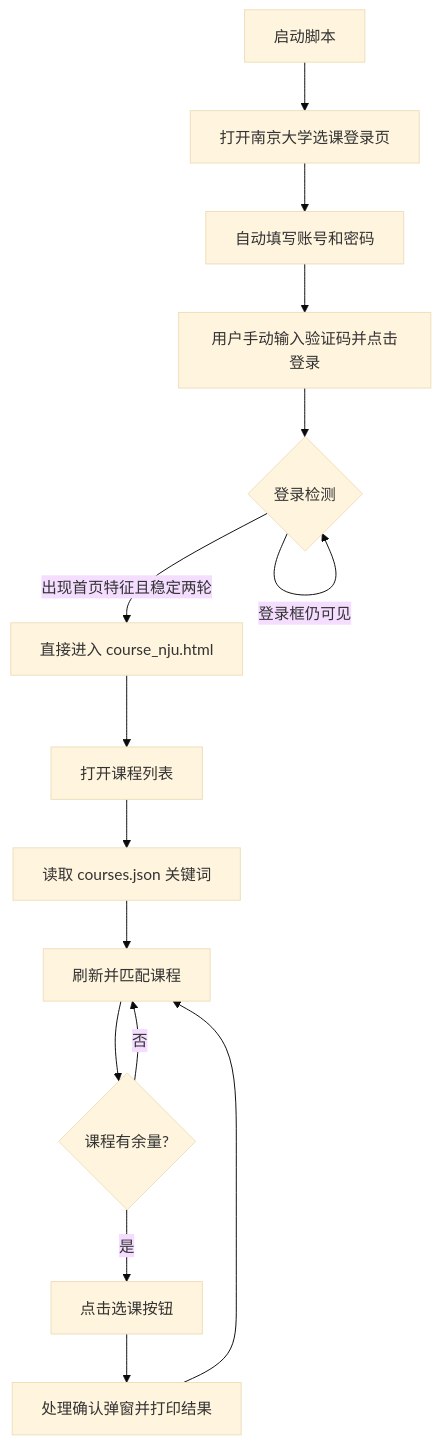
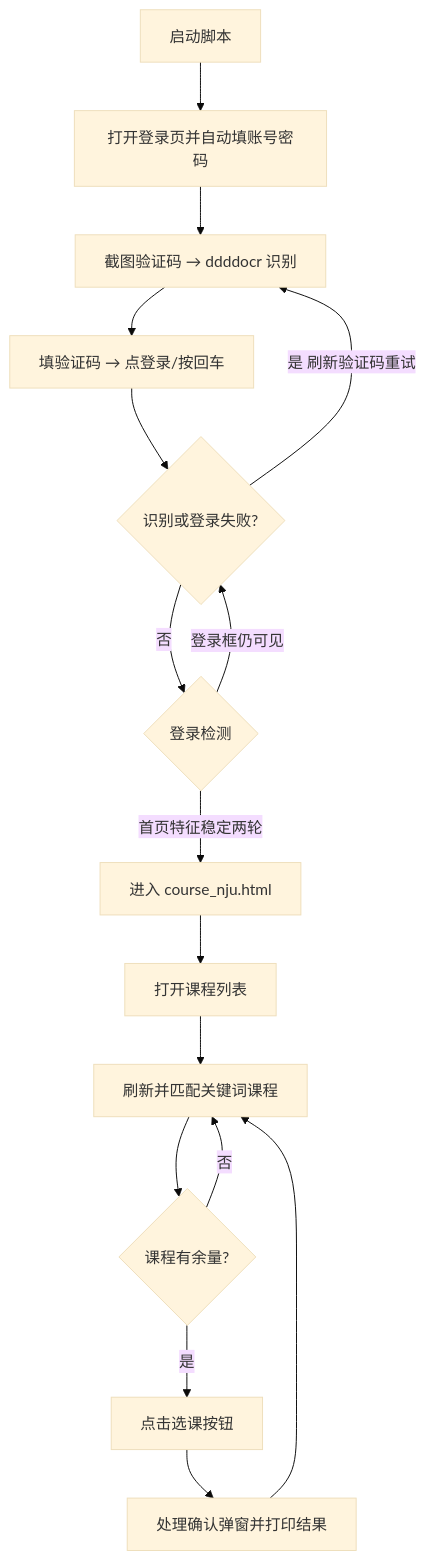
Before and after one commit to strawberry-little-bear/nju-yjsxk-btx: the first of 2 diagrams in README.md, drawn with Mermaid (base theme). The commit also changed other lines of this file and 5 other files, not shown here.

````diff
--- a/README.md
+++ b/README.md
@@ -26,17 +31,18 @@
 ```mermaid
 flowchart TD
-    A[启动脚本] --> B[打开南京大学选课登录页]
-    B --> C[自动填写账号和密码]
-    C --> D[用户手动输入验证码并点击登录]
-    D --> E{登录检测}
-    E -->|登录框仍可见| E
-    E -->|出现首页特征且稳定两轮| F[直接进入 course_nju.html]
-    F --> G[打开课程列表]
-    G --> H[读取 courses.json 关键词]
-    H --> I[刷新并匹配课程]
+    A[启动脚本] --> B[打开登录页并自动填账号密码]
+    B --> C[截图验证码 → ddddocr 识别]
+    C --> D[填验证码 → 点登录/按回车]
+    D --> E{识别或登录失败?}
+    E -->|是 刷新验证码重试| C
+    E -->|否| F{登录检测}
+    F -->|登录框仍可见| E
+    F -->|首页特征稳定两轮| G[进入 course_nju.html]
+    G --> H[打开课程列表]
+    H --> I[刷新并匹配关键词课程]
     I --> J{课程有余量?}
     J -->|否| I
     J -->|是| K[点击选课按钮]
     K --> L[处理确认弹窗并打印结果]
     L --> I
 ```
````
